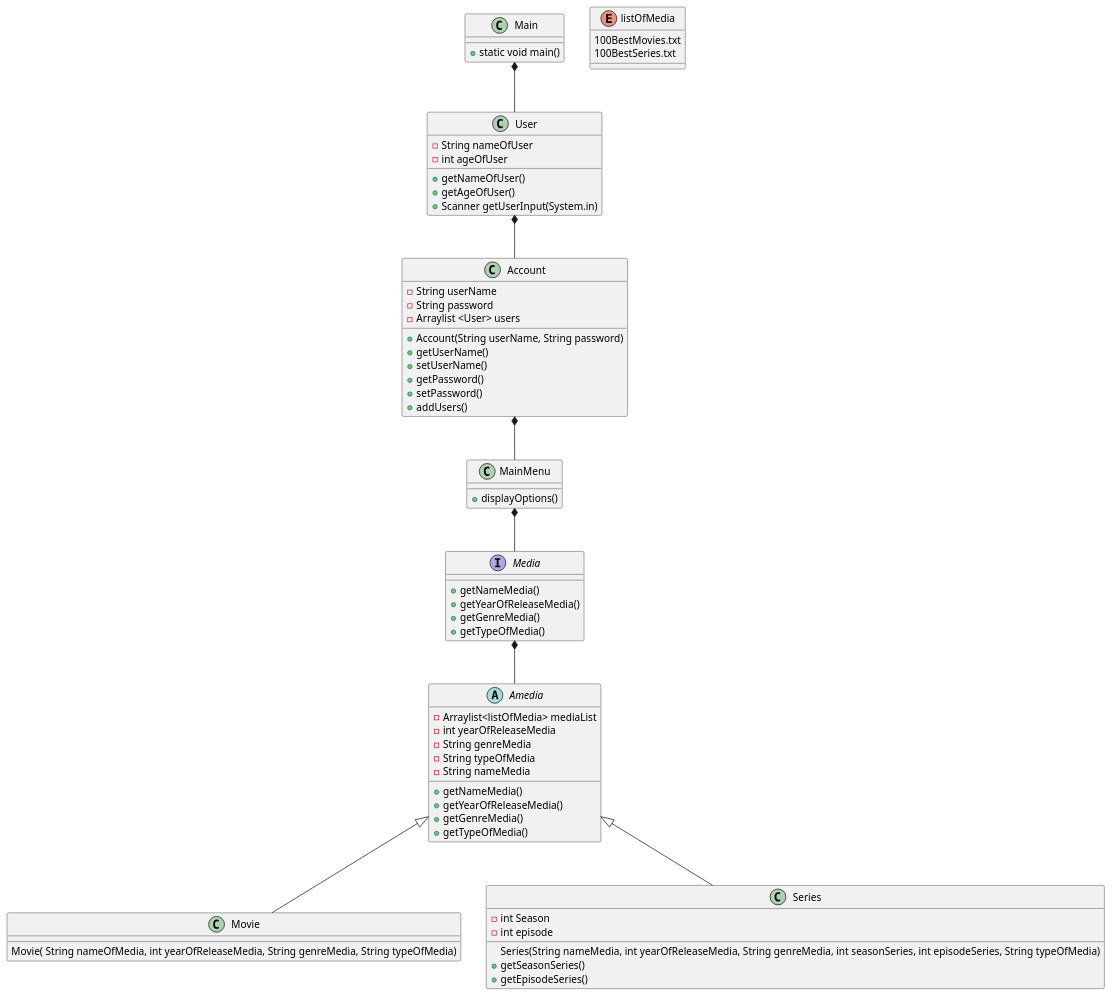
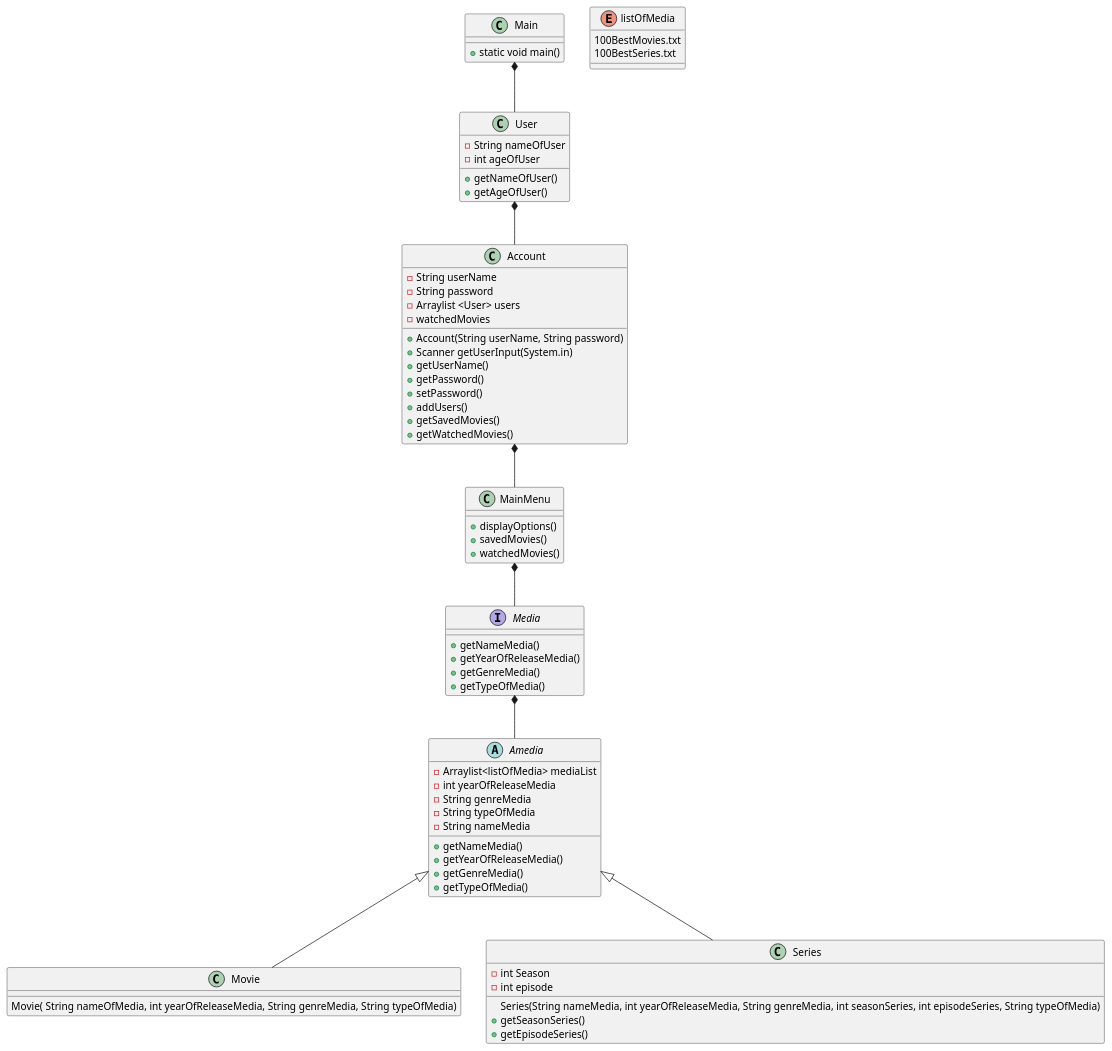
One commit to Ghostfear1713/SP3 changed the diagram in SP3 new/ClassDiagramV2.puml. Above: the diagram before and after it, drawn with PlantUML.

Commit message:
Tilføjelse d 3-11 til klassediagram

```diff
--- a/SP3 new/ClassDiagramV2.puml
+++ b/SP3 new/ClassDiagramV2.puml
@@ -1,91 +1,98 @@
 @startuml
 'https://plantuml.com/class-diagram
 
 Main *-- User
 Main : + static void main()
 
 User *-- Account
 User : - String nameOfUser
 User : - int ageOfUser
 
 
 
+
 User : + getNameOfUser()
 User : + getAgeOfUser()
-User : + Scanner getUserInput(System.in)
+
 
 
 
 
 Account : - String userName
 Account : - String password
 Account : - Arraylist <User> users
+Account : - watchedMovies
+
 
 
 Account : + Account(String userName, String password)
+Account : + Scanner getUserInput(System.in)
 Account : + getUserName()
-Account : + setUserName()
 Account : + getPassword()
 Account : + setPassword()
 Account : + addUsers()
+Account : + getSavedMovies()
+Account : + getWatchedMovies()
 
 
 
 
 Account *-- MainMenu
 MainMenu : + displayOptions()
+MainMenu : + savedMovies()
+MainMenu : + watchedMovies()
 
 
 
 
 MainMenu *-- Media
 
 
 Enum listOfMedia
 listOfMedia : 100BestMovies.txt
 listOfMedia : 100BestSeries.txt
 
 
 Media *-- Amedia
 Interface Media
 Media : + getNameMedia()
 Media : + getYearOfReleaseMedia()
 Media : + getGenreMedia()
 Media : + getTypeOfMedia()
 
 
 Abstract Amedia
 Amedia : - Arraylist<listOfMedia> mediaList
 Amedia : - int yearOfReleaseMedia
 Amedia : - String genreMedia
 Amedia : - String typeOfMedia
 Amedia : - String nameMedia
 
 
 Amedia : + getNameMedia()
 Amedia : + getYearOfReleaseMedia()
 Amedia : + getGenreMedia()
 Amedia : + getTypeOfMedia()
 
 Amedia <|--  Movie
 
 
 Movie : Movie( String nameOfMedia, int yearOfReleaseMedia, String genreMedia, String typeOfMedia)
 
 
 
 
 Amedia <|-- Series
 
 Series : - int Season
 Series : - int episode
 
 
 
 Series : Series(String nameMedia, int yearOfReleaseMedia, String genreMedia, int seasonSeries, int episodeSeries, String typeOfMedia)
 
 Series : + getSeasonSeries()
 Series : + getEpisodeSeries()
 
 
 @endum
```
